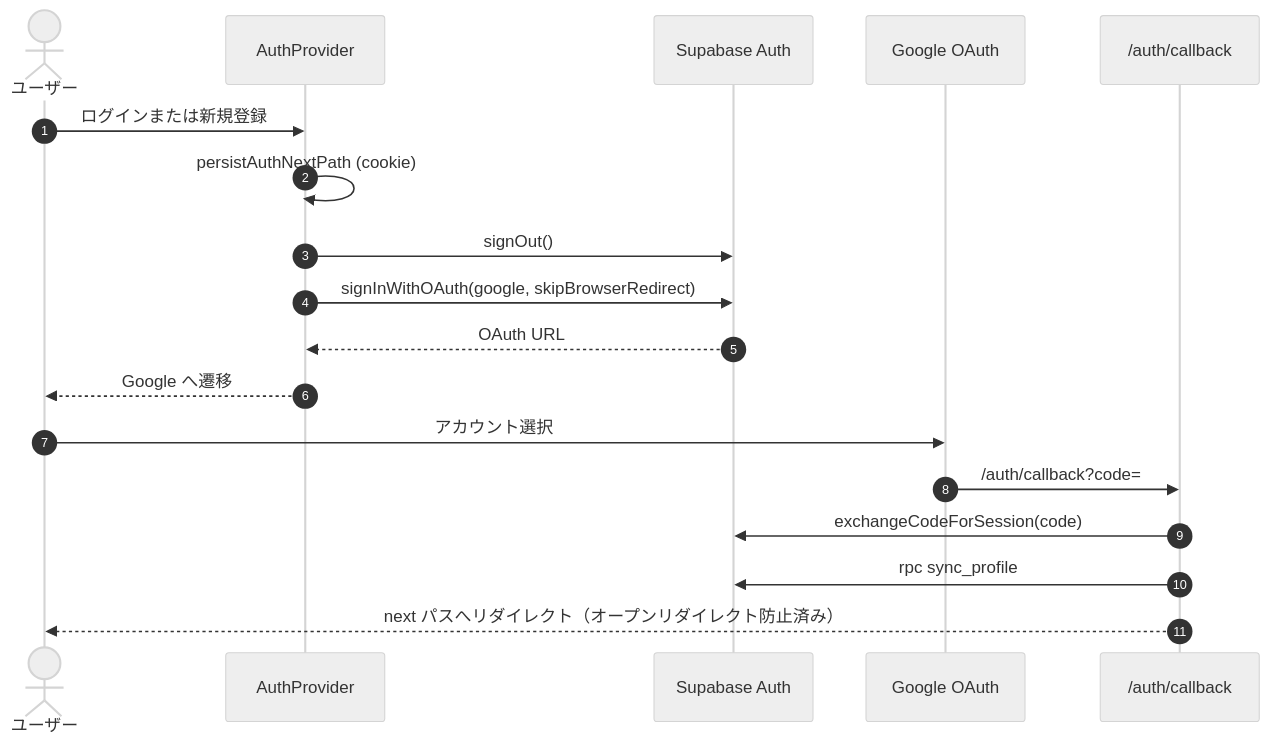
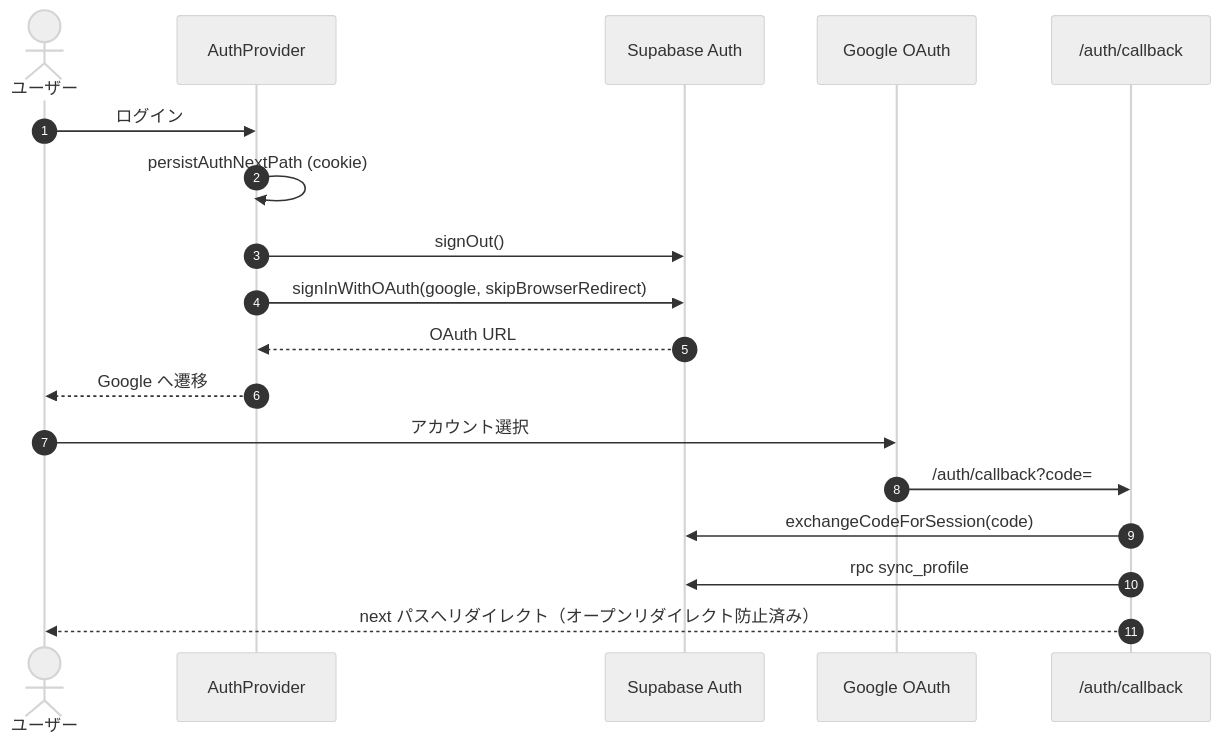
Before and after one commit to atosantasan/japanki: the third of 8 diagrams in docs/design/3_sequence_and_flow.md, drawn with Mermaid (neutral theme). The commit also changed other lines of this file and 42 other files, not shown here.

````diff
--- a/docs/design/3_sequence_and_flow.md
+++ b/docs/design/3_sequence_and_flow.md
@@ -103,21 +104,21 @@
 ```mermaid
 sequenceDiagram
     autonumber
     actor User as ユーザー
     participant Auth as AuthProvider
     participant SB as Supabase Auth
     participant Google as Google OAuth
     participant CB as /auth/callback
 
-    User->>Auth: ログインまたは新規登録
+    User->>Auth: ログイン
     Auth->>Auth: persistAuthNextPath (cookie)
     Auth->>SB: signOut()
     Auth->>SB: signInWithOAuth(google, skipBrowserRedirect)
     SB-->>Auth: OAuth URL
     Auth-->>User: Google へ遷移
     User->>Google: アカウント選択
     Google->>CB: /auth/callback?code=
     CB->>SB: exchangeCodeForSession(code)
     CB->>SB: rpc sync_profile
     CB-->>User: next パスへリダイレクト（オープンリダイレクト防止済み）
 ```
````
